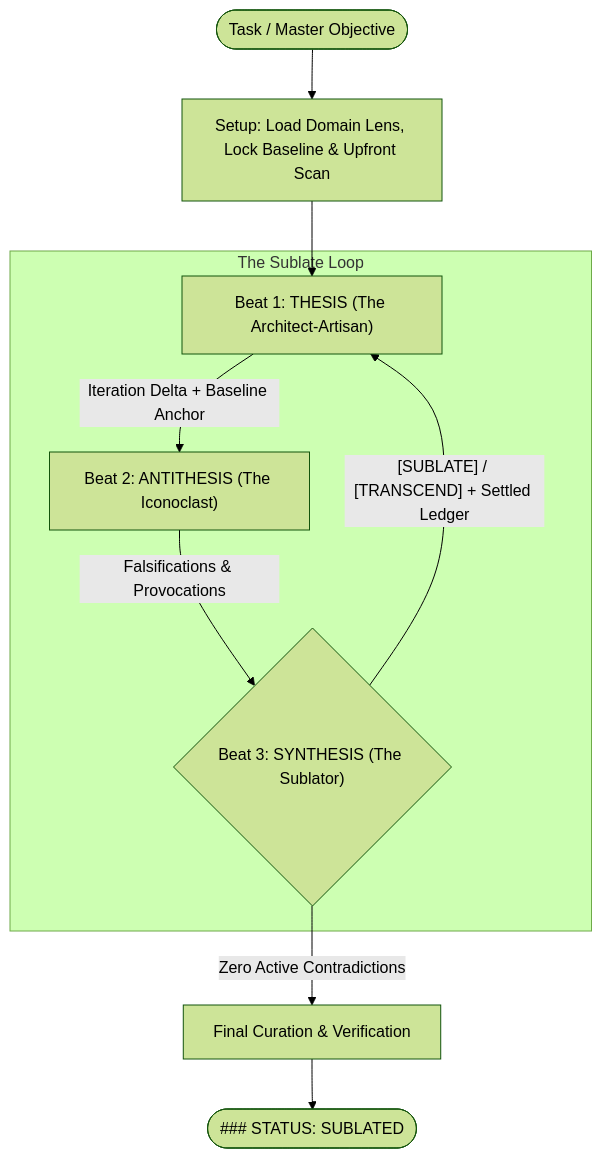
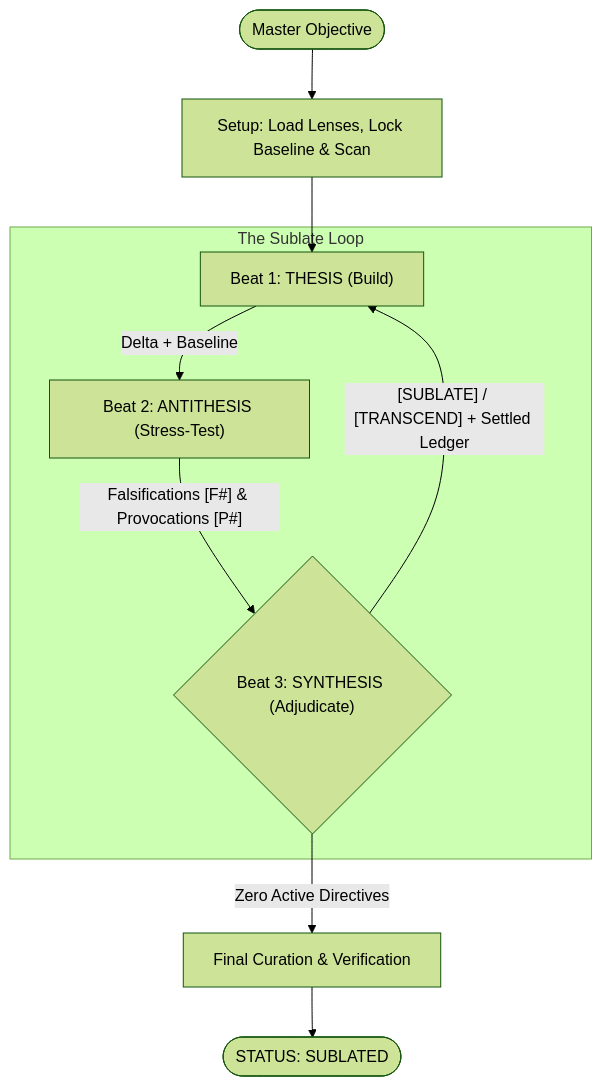
Before and after one commit to jessetane/sublate: the diagram in SKILL.md, drawn with Mermaid (forest theme). The commit also changed other lines of this file, not shown here.

Commit message:
core: distill skill into minimal domain-agnostic v3 engine

````diff
--- a/SKILL.md
+++ b/SKILL.md
@@ -71,14 +14,14 @@
 ```mermaid
 flowchart TD
-    Start(["Task / Master Objective"]) --> Setup["Setup: Load Domain Lens, Lock Baseline & Upfront Scan"]
-    Setup --> Thesis["Beat 1: THESIS (The Architect-Artisan)"]
+    Start(["Master Objective"]) --> Setup["Setup: Load Lenses, Lock Baseline & Scan"]
+    Setup --> Thesis["Beat 1: THESIS (Build)"]
 
-    subgraph SublateLoop ["The Sublate Loop"]
-        Thesis -->|"Iteration Delta + Baseline Anchor"| Antithesis["Beat 2: ANTITHESIS (The Iconoclast)"]
-        Antithesis -->|"Falsifications & Provocations"| Synthesis{"Beat 3: SYNTHESIS (The Sublator)"}
+    subgraph Loop ["The Sublate Loop"]
+        Thesis -->|"Delta + Baseline"| Antithesis["Beat 2: ANTITHESIS (Stress-Test)"]
+        Antithesis -->|"Falsifications [F#] & Provocations [P#]"| Synthesis{"Beat 3: SYNTHESIS (Adjudicate)"}
         Synthesis -->|"[SUBLATE] / [TRANSCEND] + Settled Ledger"| Thesis
     end
 
-    Synthesis -->|"Zero Active Contradictions"| Curate["Final Curation & Verification"]
-    Curate --> Complete(["### STATUS: SUBLATED"])
+    Synthesis -->|"Zero Active Directives"| Curate["Final Curation & Verification"]
+    Curate --> Complete(["STATUS: SUBLATED"])
 ```
````
